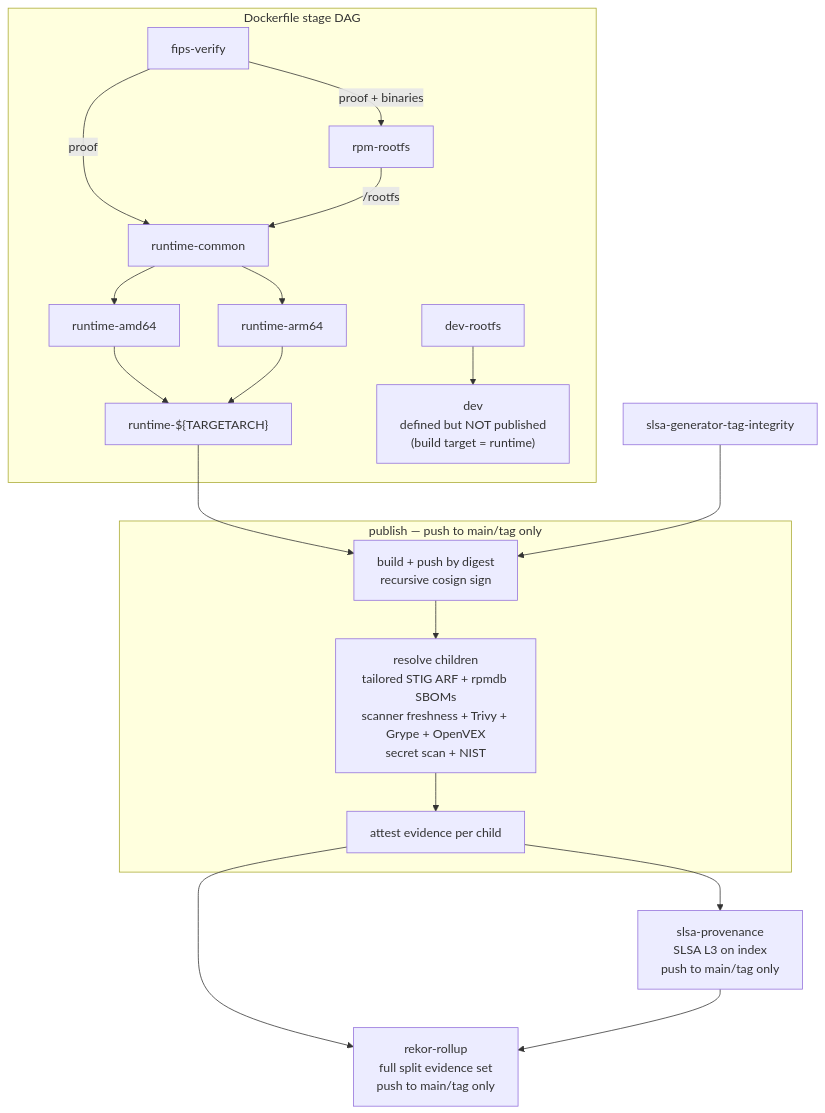
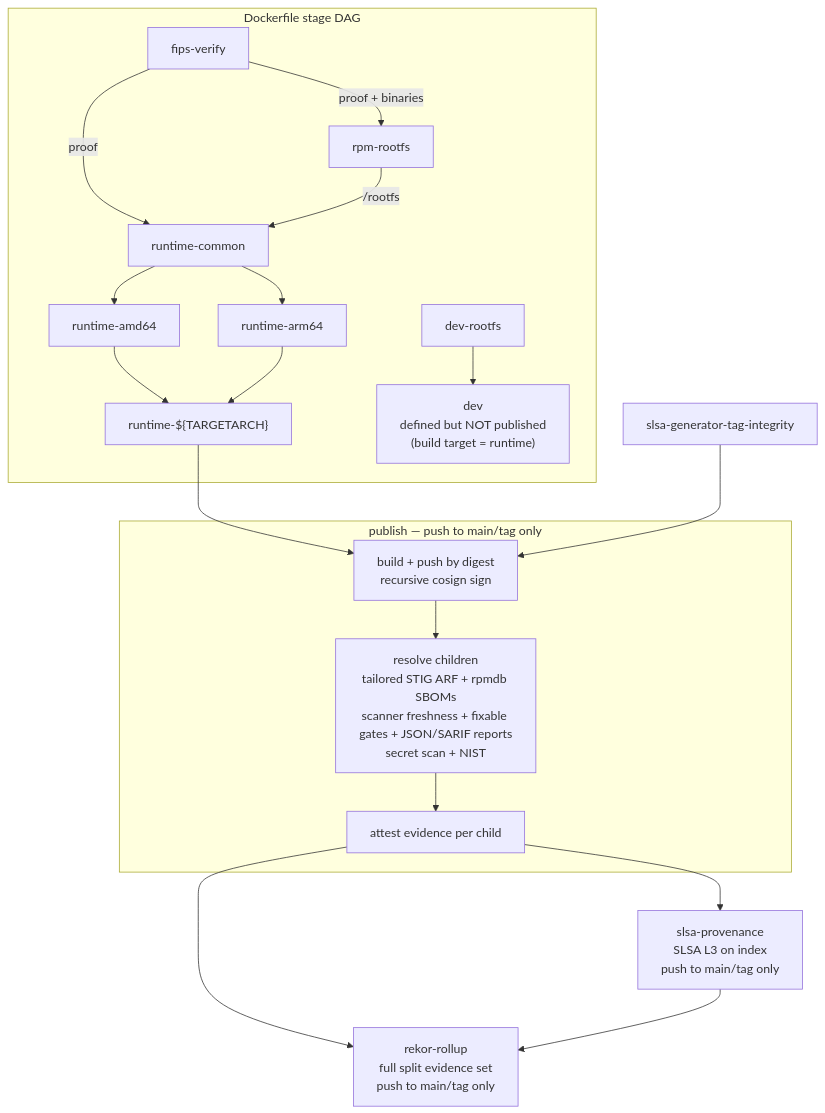
The diagram in README.md (NWarila/ubi9-base-micro), drawn with Mermaid before and after one commit. The commit also changed other lines of this file and 50 other files, not shown here.

First line of the commit message:
Report-only vulnerability handling with standard SARIF evidence (#123)

````diff
--- a/README.md
+++ b/README.md
@@ -127,24 +118,24 @@
 ```mermaid
 flowchart TB
   subgraph dockerfile["Dockerfile stage DAG"]
     FIPS["fips-verify"] -->|"proof + binaries"| RPM["rpm-rootfs"]
     FIPS -->|"proof"| COMMON["runtime-common"]
     RPM -->|"/rootfs"| COMMON
     COMMON --> AMD["runtime-amd64"]
     COMMON --> ARM["runtime-arm64"]
     AMD --> TARGET["runtime-${TARGETARCH}"]
     ARM --> TARGET
     DEVROOT["dev-rootfs"] --> DEV["dev<br/>defined but NOT published<br/>(build target = runtime)"]
   end
 
   subgraph publish["publish — push to main/tag only"]
-    BUILD["build + push by digest<br/>recursive cosign sign"] --> EVIDENCE["resolve children<br/>tailored STIG ARF + rpmdb SBOMs<br/>scanner freshness + Trivy + Grype + OpenVEX<br/>secret scan + NIST"]
+    BUILD["build + push by digest<br/>recursive cosign sign"] --> EVIDENCE["resolve children<br/>tailored STIG ARF + rpmdb SBOMs<br/>scanner freshness + fixable gates + JSON/SARIF reports<br/>secret scan + NIST"]
     EVIDENCE --> ATTEST["attest evidence per child"]
   end
 
   TARGET --> BUILD
   TAG["slsa-generator-tag-integrity"] --> BUILD
   ATTEST --> SLSA["slsa-provenance<br/>SLSA L3 on index<br/>push to main/tag only"]
   ATTEST --> REKOR["rekor-rollup<br/>full split evidence set<br/>push to main/tag only"]
   SLSA --> REKOR
 ```
````
